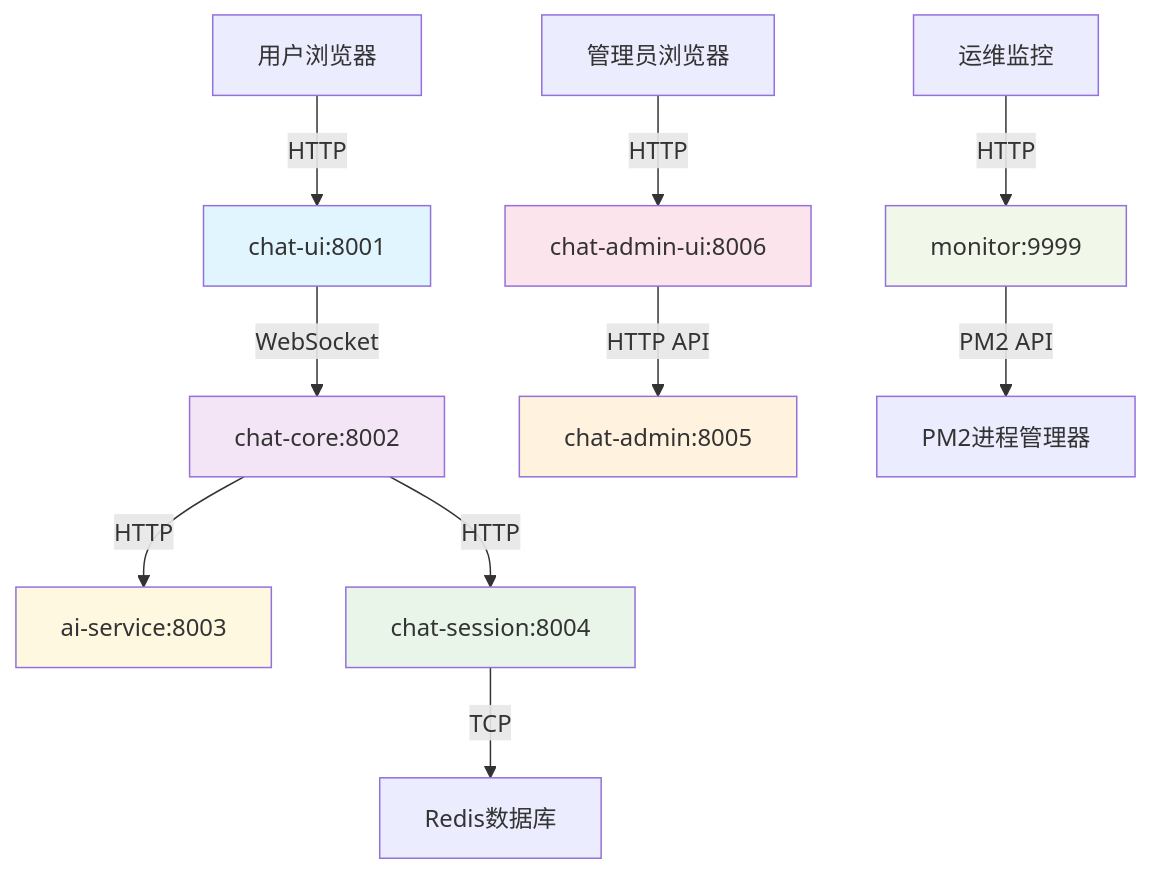
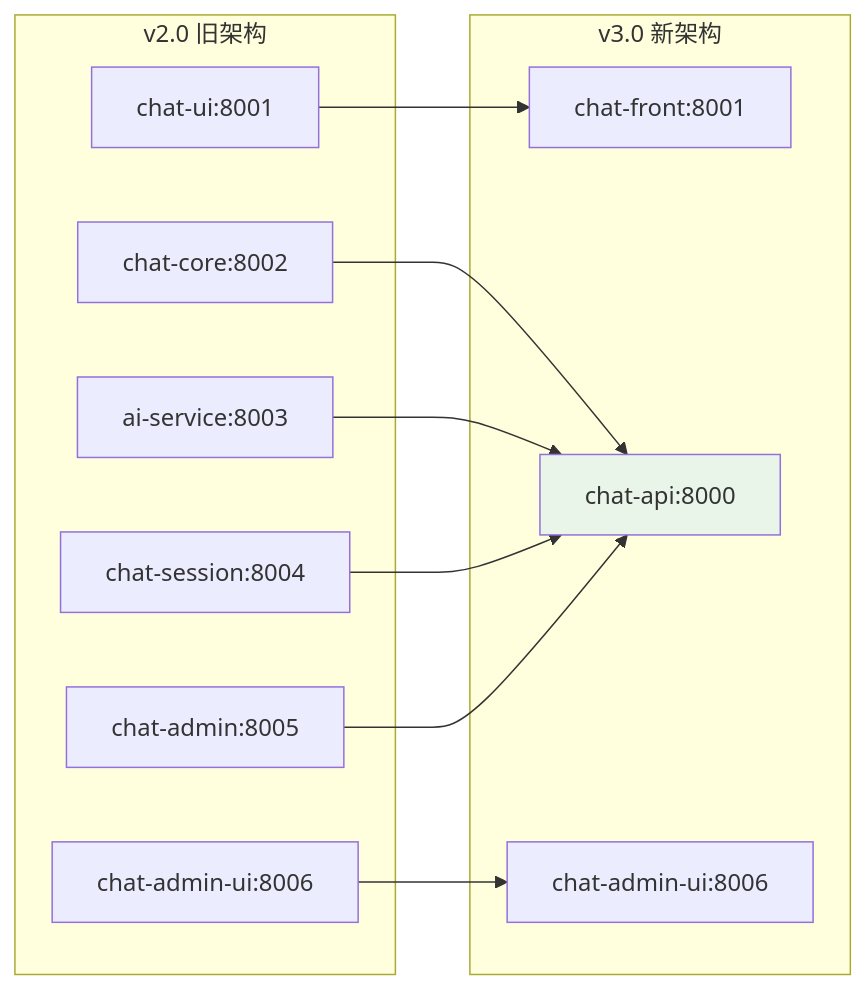
One commit to lonycn/OpenChatAgent changed the diagram in README.md. Above: the diagram before and after it, drawn with Mermaid. The commit also changed other lines of this file and 165 other files, not shown here.

````diff
--- a/README.md
+++ b/README.md
@@ -200,22 +174,26 @@
 ```mermaid
-graph TD
-    A[用户浏览器] -->|HTTP| B[chat-ui:8001]
-    B -->|WebSocket| C[chat-core:8002]
-    C -->|HTTP| D[ai-service:8003]
-    C -->|HTTP| E[chat-session:8004]
-    E -->|TCP| F[Redis数据库]
+graph LR
+    subgraph "v2.0 旧架构"
+        A1[chat-ui:8001]
+        A2[chat-core:8002]
+        A3[ai-service:8003]
+        A4[chat-session:8004]
+        A5[chat-admin:8005]
+        A6[chat-admin-ui:8006]
+    end
 
-    G[管理员浏览器] -->|HTTP| H[chat-admin-ui:8006]
-    H -->|HTTP API| I[chat-admin:8005]
+    subgraph "v3.0 新架构"
+        B1[chat-front:8001]
+        B2[chat-api:8000]
+        B3[chat-admin-ui:8006]
+    end
 
-    J[运维监控] -->|HTTP| K[monitor:9999]
-    K -->|PM2 API| L[PM2进程管理器]
+    A1 --> B1
+    A2 --> B2
+    A3 --> B2
+    A4 --> B2
+    A5 --> B2
+    A6 --> B3
 
-    style B fill:#e1f5fe
-    style C fill:#f3e5f5
-    style D fill:#fff8e1
-    style E fill:#e8f5e8
-    style H fill:#fce4ec
-    style I fill:#fff3e0
-    style K fill:#f1f8e9
+    style B2 fill:#e8f5e8
 ```
````
